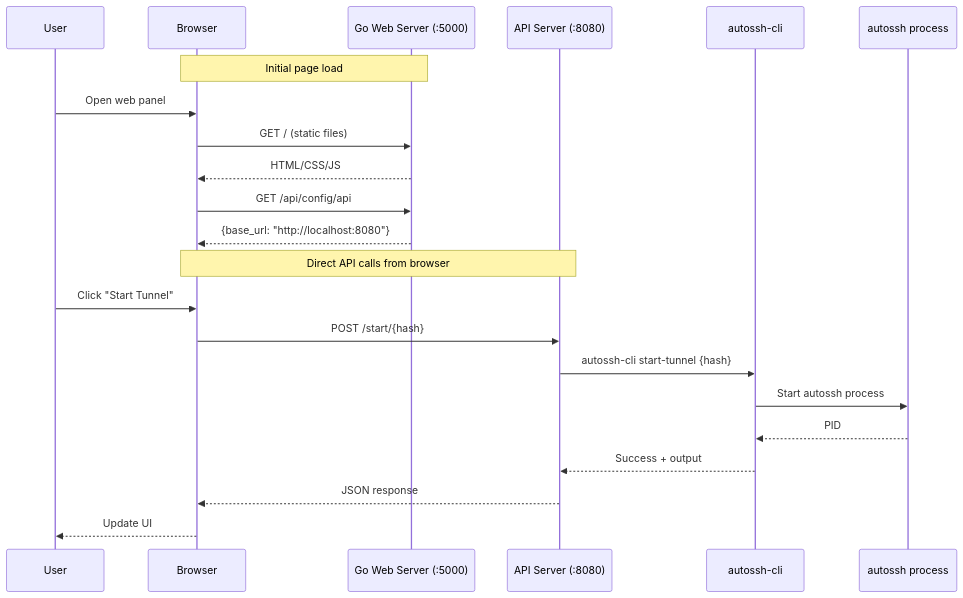
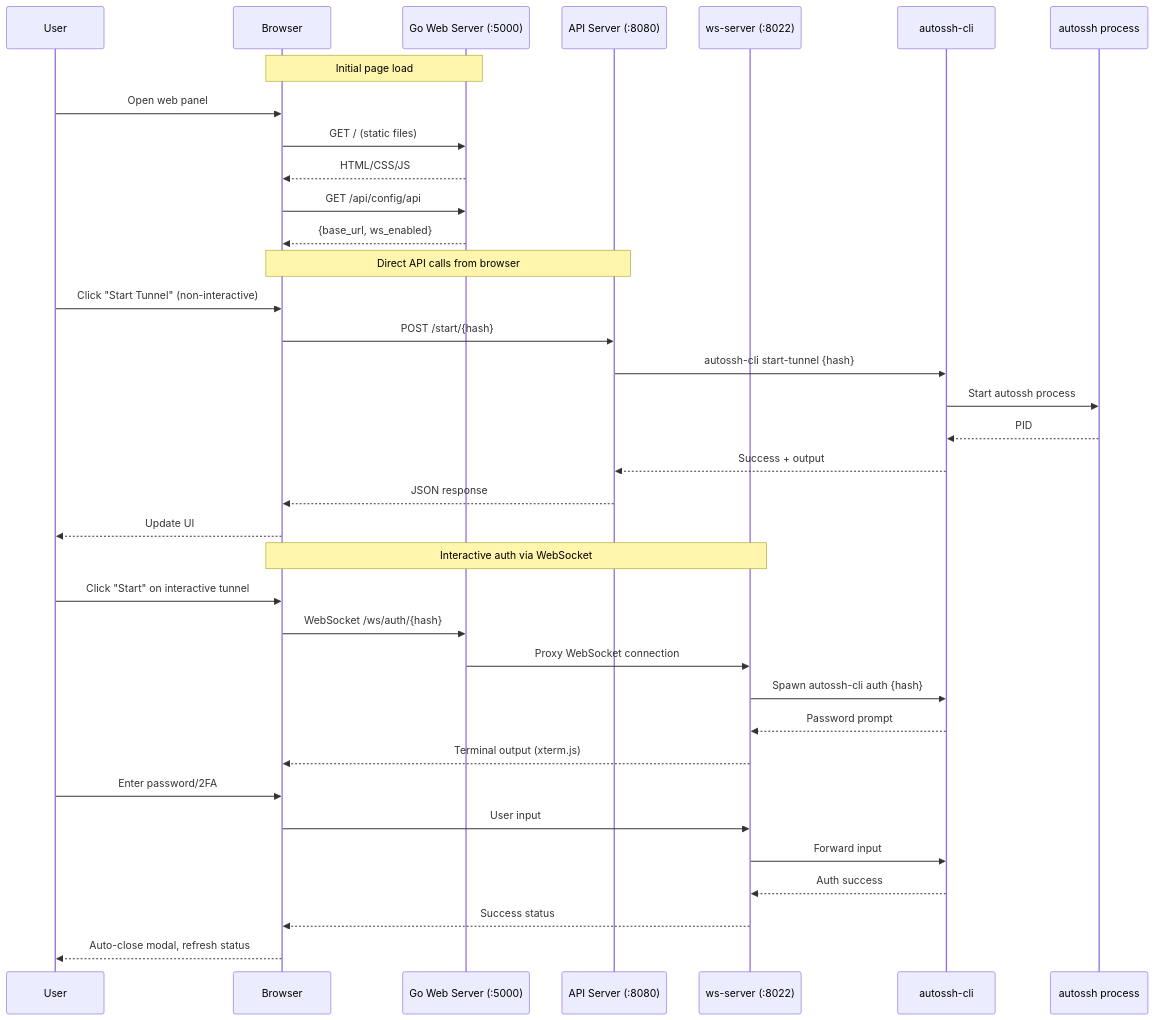
One commit to Oaklight/autossh-tunnel-dockerized changed the second of 3 diagrams in docs/architecture.md. Above: the diagram before and after it, drawn with Mermaid. The commit also changed other lines of this file and 15 other files, not shown here.

First line of the commit message:
docs: update screenshots and add interactive auth documentation

````diff
--- a/docs/architecture.md
+++ b/docs/architecture.md
@@ -256,26 +269,41 @@
 ```mermaid
 sequenceDiagram
     participant User
     participant Browser as Browser
     participant WebServer as Go Web Server (:5000)
     participant API as API Server (:8080)
+    participant WSSERVER as ws-server (:8022)
     participant CLI as autossh-cli
     participant Tunnel as autossh process
 
     Note over Browser,WebServer: Initial page load
     User->>Browser: Open web panel
     Browser->>WebServer: GET / (static files)
     WebServer-->>Browser: HTML/CSS/JS
     Browser->>WebServer: GET /api/config/api
-    WebServer-->>Browser: {base_url: "http://localhost:8080"}
-    
+    WebServer-->>Browser: {base_url, ws_enabled}
+
     Note over Browser,API: Direct API calls from browser
-    User->>Browser: Click "Start Tunnel"
+    User->>Browser: Click "Start Tunnel" (non-interactive)
     Browser->>API: POST /start/{hash}
     API->>CLI: autossh-cli start-tunnel {hash}
     CLI->>Tunnel: Start autossh process
     Tunnel-->>CLI: PID
     CLI-->>API: Success + output
     API-->>Browser: JSON response
     Browser-->>User: Update UI
+
+    Note over Browser,WSSERVER: Interactive auth via WebSocket
+    User->>Browser: Click "Start" on interactive tunnel
+    Browser->>WebServer: WebSocket /ws/auth/{hash}
+    WebServer->>WSSERVER: Proxy WebSocket connection
+    WSSERVER->>CLI: Spawn autossh-cli auth {hash}
+    CLI-->>WSSERVER: Password prompt
+    WSSERVER-->>Browser: Terminal output (xterm.js)
+    User->>Browser: Enter password/2FA
+    Browser->>WSSERVER: User input
+    WSSERVER->>CLI: Forward input
+    CLI-->>WSSERVER: Auth success
+    WSSERVER-->>Browser: Success status
+    Browser-->>User: Auto-close modal, refresh status
 ```
````
